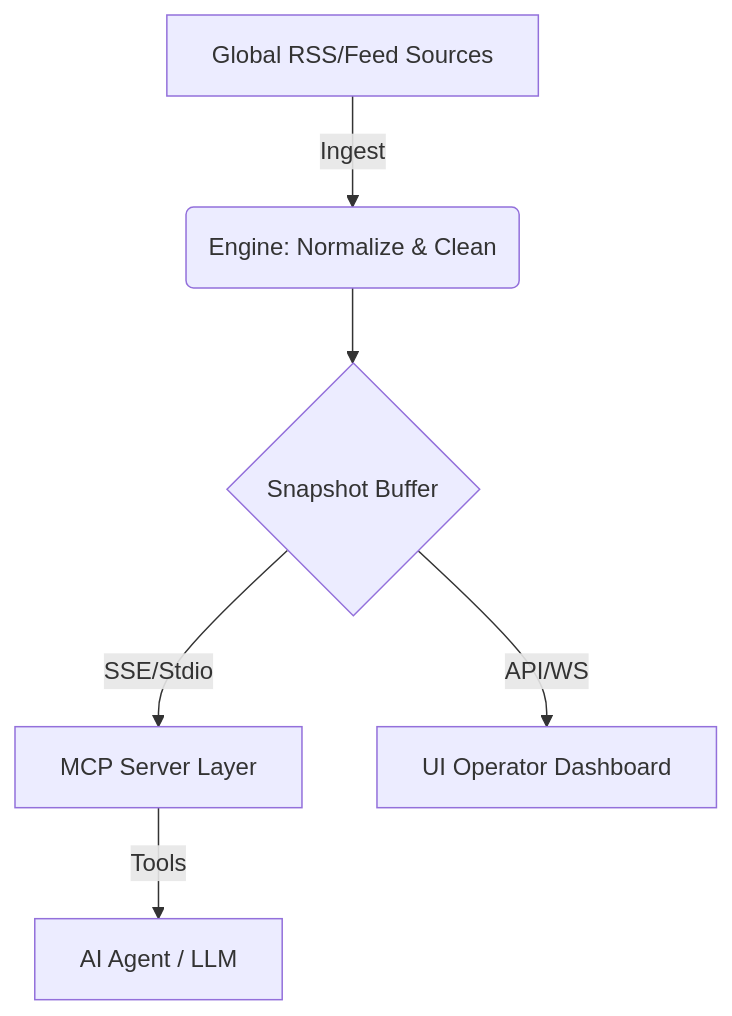
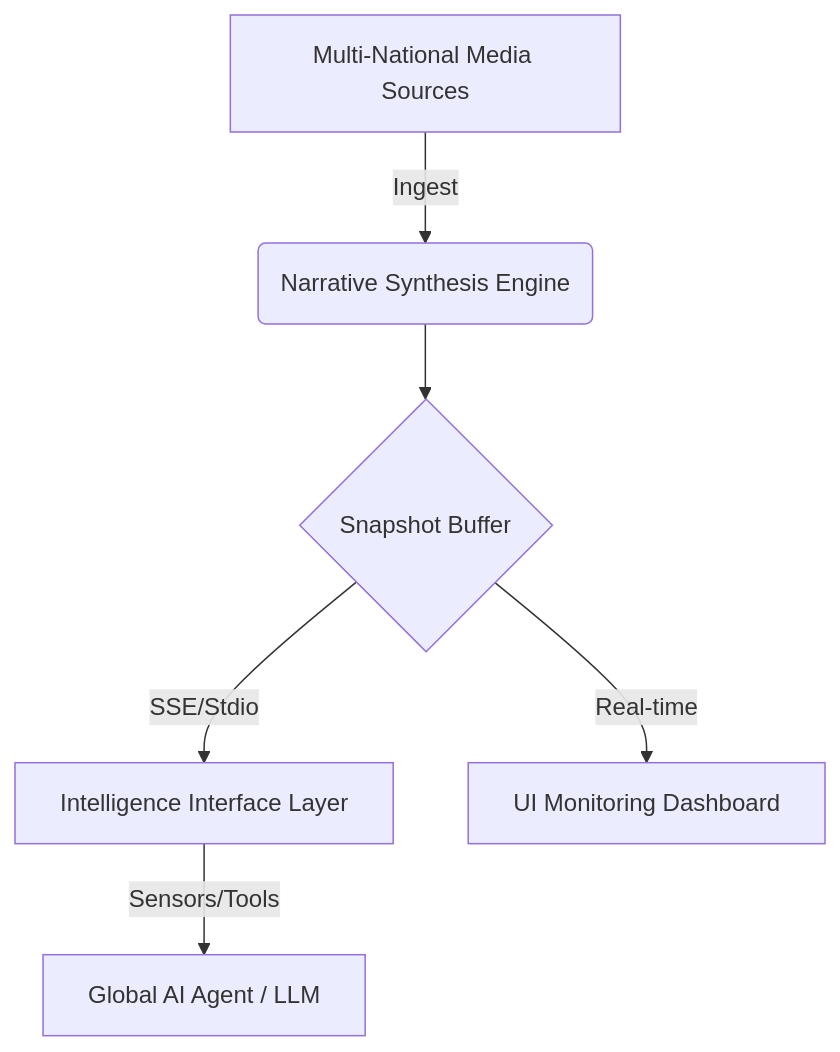
One commit to lim-asdk/open-world-news-mcp changed the diagram in docs/architecture.md. Above: the diagram before and after it, drawn with Mermaid. The commit also changed other lines of this file and 4 other files, not shown here.

Commit message:
Strategic Refinement: Positioned as Global Intelligence Interface for comparing national narratives

````diff
--- a/docs/architecture.md
+++ b/docs/architecture.md
@@ -7,8 +7,8 @@
 ```mermaid
 graph TD
-    A[Global RSS/Feed Sources] -->|Ingest| B(Engine: Normalize & Clean)
+    A[Multi-National Media Sources] -->|Ingest| B(Narrative Synthesis Engine)
     B --> C{Snapshot Buffer}
-    C -->|SSE/Stdio| D[MCP Server Layer]
-    D -->|Tools| E[AI Agent / LLM]
-    C -->|API/WS| F[UI Operator Dashboard]
+    C -->|SSE/Stdio| D[Intelligence Interface Layer]
+    D -->|Sensors/Tools| E[Global AI Agent / LLM]
+    C -->|Real-time| F[UI Monitoring Dashboard]
 ```
````
